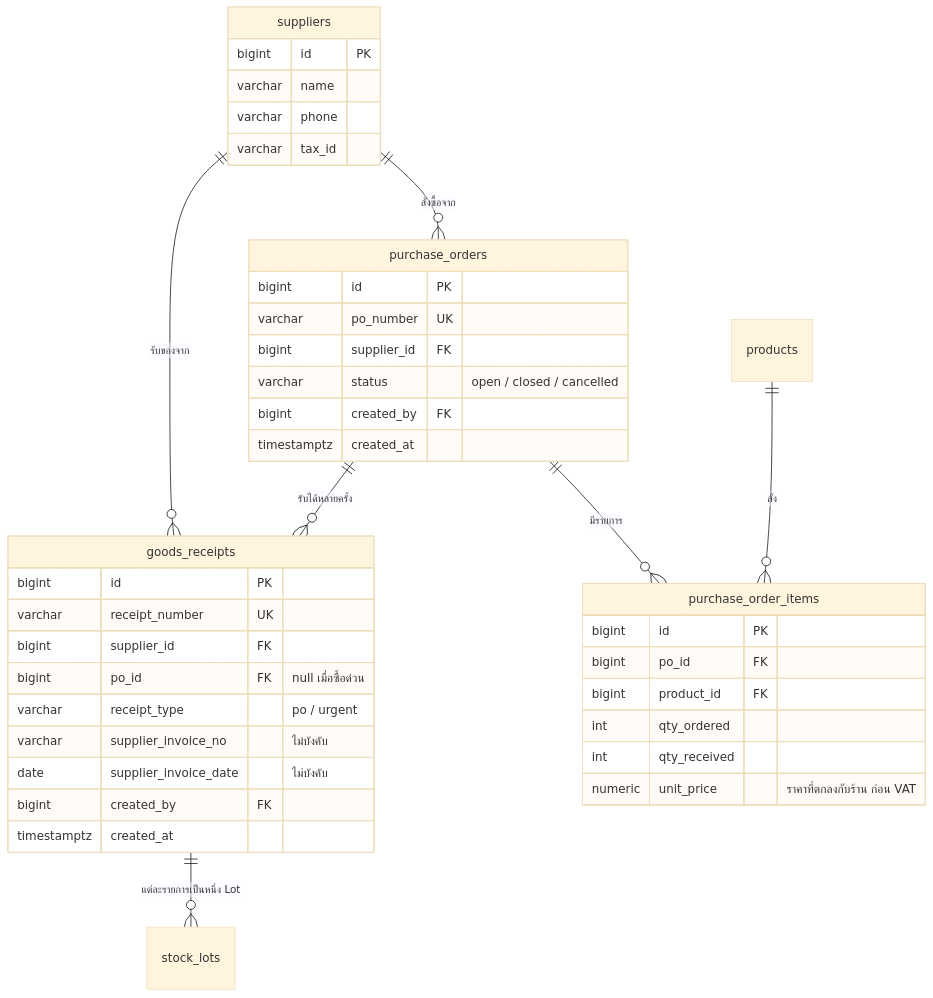
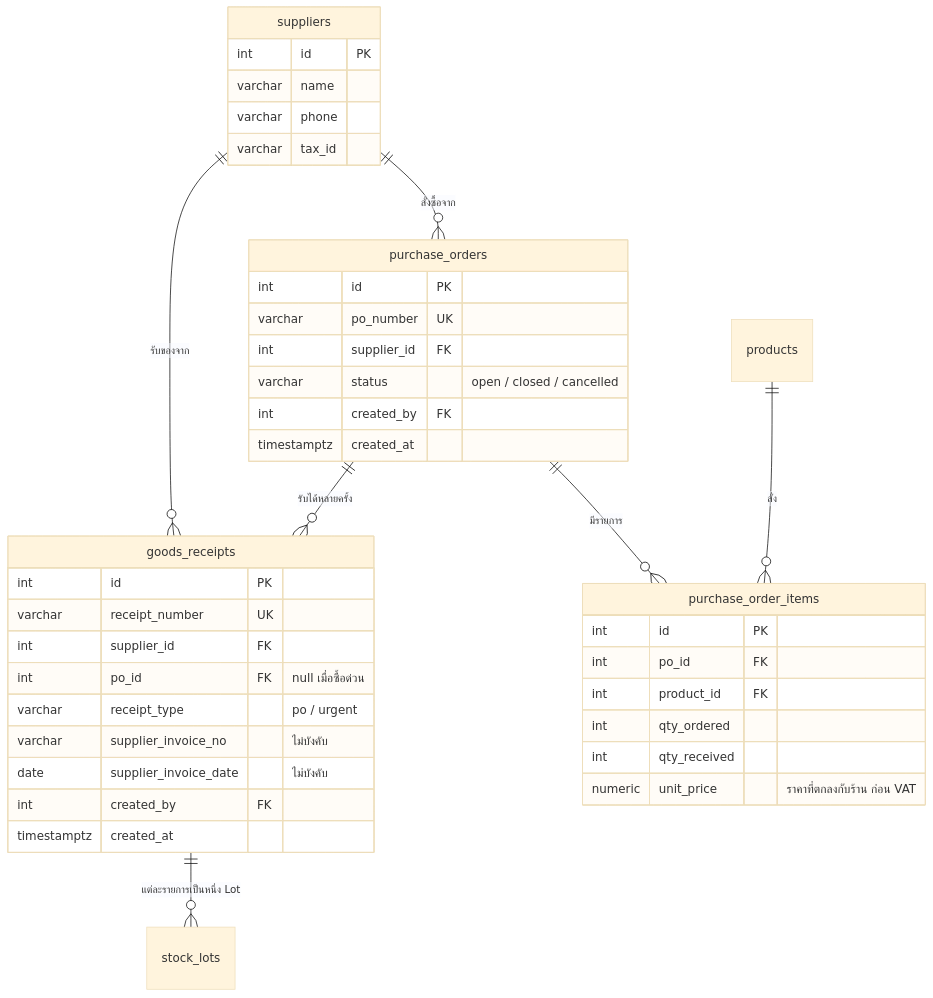
One commit to kaewjamsai0193/Garage_Final_Project changed the fifth of 8 diagrams in data_model.md. Above: the diagram before and after it, drawn with Mermaid (base theme). The commit also changed other lines of this file and 3 other files, not shown here.

````diff
--- a/data_model.md
+++ b/data_model.md
@@ -149,46 +149,46 @@
 ```mermaid
 erDiagram
     suppliers ||--o{ purchase_orders : "สั่งซื้อจาก"
     suppliers ||--o{ goods_receipts : "รับของจาก"
     purchase_orders ||--o{ purchase_order_items : "มีรายการ"
     purchase_orders ||--o{ goods_receipts : "รับได้หลายครั้ง"
     goods_receipts ||--o{ stock_lots : "แต่ละรายการเป็นหนึ่ง Lot"
     products ||--o{ purchase_order_items : "สั่ง"
 
     suppliers {
-        bigint id PK
+        int id PK
         varchar name
         varchar phone
         varchar tax_id
     }
 
     purchase_orders {
-        bigint id PK
+        int id PK
         varchar po_number UK
-        bigint supplier_id FK
+        int supplier_id FK
         varchar status "open / closed / cancelled"
-        bigint created_by FK
+        int created_by FK
         timestamptz created_at
     }
 
     purchase_order_items {
-        bigint id PK
-        bigint po_id FK
-        bigint product_id FK
+        int id PK
+        int po_id FK
+        int product_id FK
         int qty_ordered
         int qty_received
         numeric unit_price "ราคาที่ตกลงกับร้าน ก่อน VAT"
     }
 
     goods_receipts {
-        bigint id PK
+        int id PK
         varchar receipt_number UK
-        bigint supplier_id FK
-        bigint po_id FK "null เมื่อซื้อด่วน"
+        int supplier_id FK
+        int po_id FK "null เมื่อซื้อด่วน"
         varchar receipt_type "po / urgent"
         varchar supplier_invoice_no "ไม่บังคับ"
         date supplier_invoice_date "ไม่บังคับ"
-        bigint created_by FK
+        int created_by FK
         timestamptz created_at
     }
 ```
````
